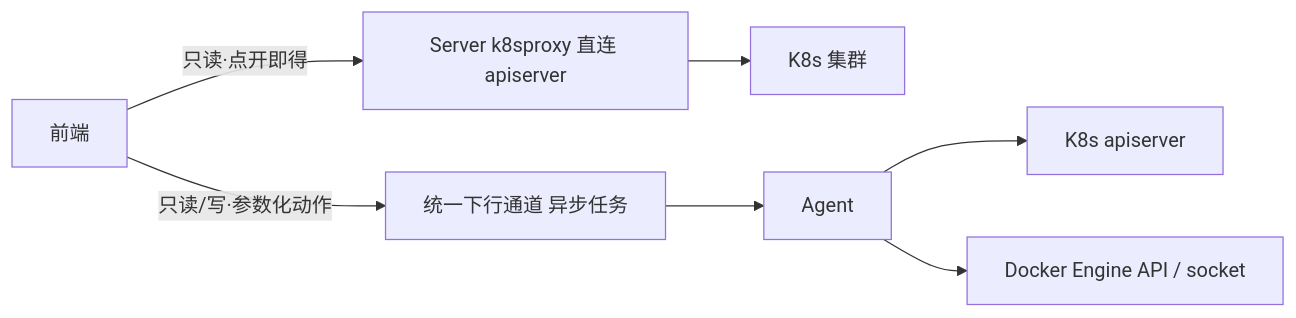
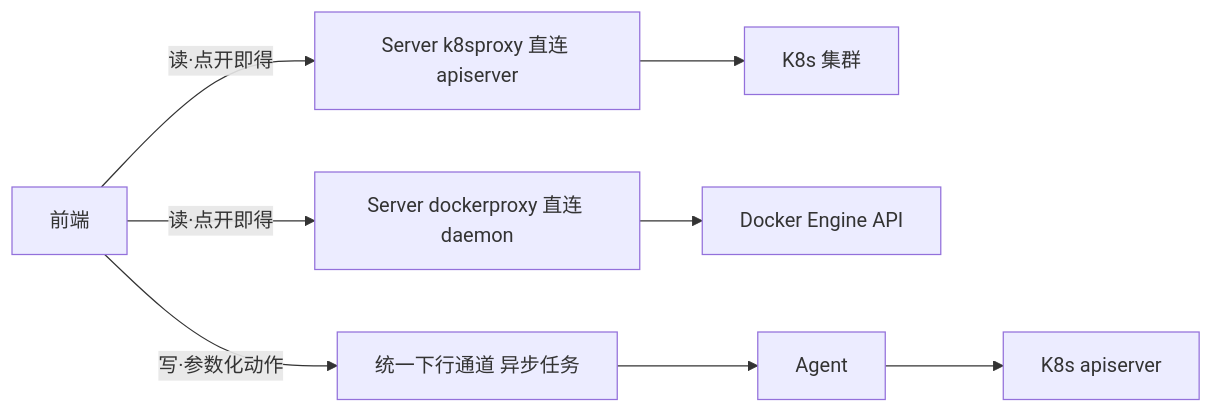
One commit to mlmw92/yingzhao changed the diagram in docs/superpowers/specs/2026-10-10-container-workload-management-design.md. Above: the diagram before and after it, drawn with Mermaid. The commit also changed other lines of this file and 6 other files, not shown here.

````diff
--- a/docs/superpowers/specs/2026-10-10-container-workload-management-design.md
+++ b/docs/superpowers/specs/2026-10-10-container-workload-management-design.md
@@ -202,9 +219,10 @@
 ```mermaid
 flowchart LR
-  W[前端] -->|只读·点开即得| SP[Server k8sproxy 直连 apiserver]
-  W -->|只读/写·参数化动作| OPS[统一下行通道 异步任务]
+  W[前端] -->|读·点开即得| SP[Server k8sproxy 直连 apiserver]
+  W -->|读·点开即得| DP[Server dockerproxy 直连 daemon]
+  W -->|写·参数化动作| OPS[统一下行通道 异步任务]
   SP --> K1[K8s 集群]
+  DP --> DK[Docker Engine API]
   OPS --> A[Agent]
   A --> K2[K8s apiserver]
-  A --> DK[Docker Engine API / socket]
 ```
````
